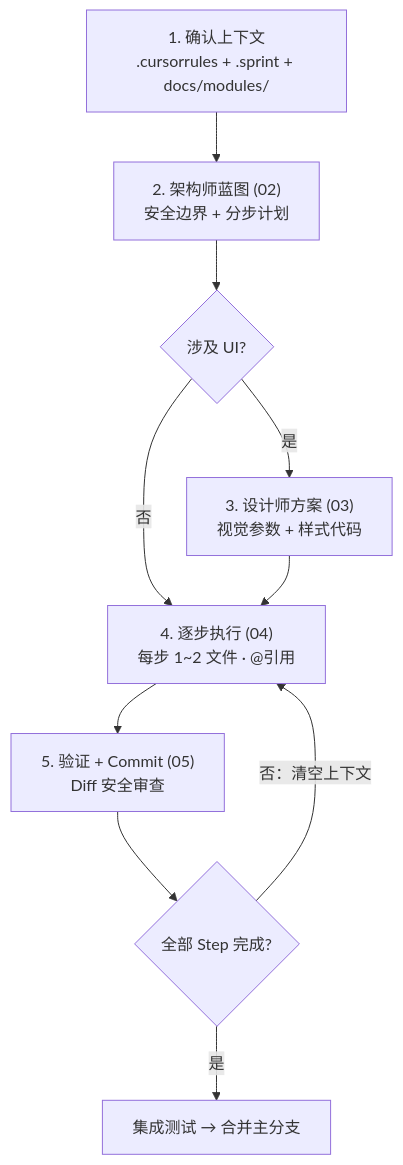
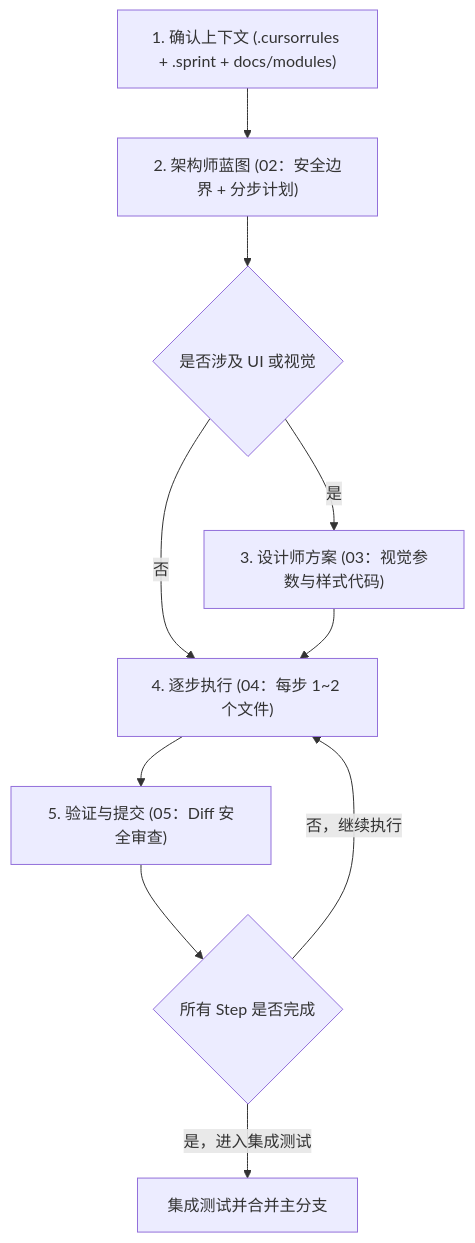
One commit to RyanXu-pop/robotPannel changed the second of 2 diagrams in workflow/README.md. Above: the diagram before and after it, drawn with Mermaid. The commit also changed other lines of this file and 6 other files, not shown here.

First line of the commit message:
fix(docs): fix Mermaid syntax and normalize table formatting

````diff
--- a/workflow/README.md
+++ b/workflow/README.md
@@ -50,13 +50,13 @@
 ```mermaid
 flowchart TD
-    S1["1. 确认上下文<br/>.cursorrules + .sprint + docs/modules/"] --> S2
-    S2["2. 架构师蓝图 (02)<br/>安全边界 + 分步计划"] --> Q
-    Q{"涉及 UI?"}
-    Q -- "是" --> S3["3. 设计师方案 (03)<br/>视觉参数 + 样式代码"]
-    Q -- "否" --> S4
-    S3 --> S4["4. 逐步执行 (04)<br/>每步 1~2 文件 · @引用"]
-    S4 --> S5["5. 验证 + Commit (05)<br/>Diff 安全审查"]
-    S5 --> S6{"全部 Step 完成?"}
-    S6 -- "否：清空上下文" --> S4
-    S6 -- "是" --> S7["集成测试 → 合并主分支"]
+    S1["1. 确认上下文 (.cursorrules + .sprint + docs/modules)"] --> S2
+    S2["2. 架构师蓝图 (02：安全边界 + 分步计划)"] --> Q
+    Q{"是否涉及 UI 或视觉"}
+    Q -->|是| S3["3. 设计师方案 (03：视觉参数与样式代码)"]
+    Q -->|否| S4["跳过设计师，直接执行"]
+    S3 --> S4["4. 逐步执行 (04：每步 1~2 个文件)"]
+    S4 --> S5["5. 验证与提交 (05：Diff 安全审查)"]
+    S5 --> S6{"所有 Step 是否完成"}
+    S6 -->|否，继续执行| S4
+    S6 -->|是，进入集成测试| S7["集成测试并合并主分支"]
 ```
````
